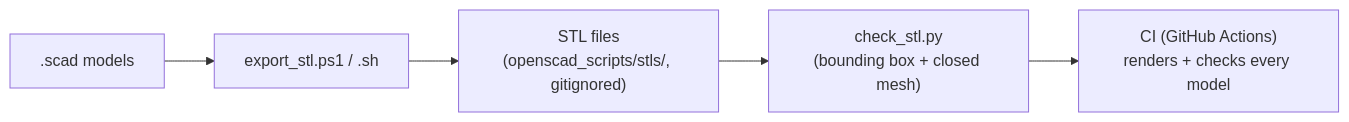
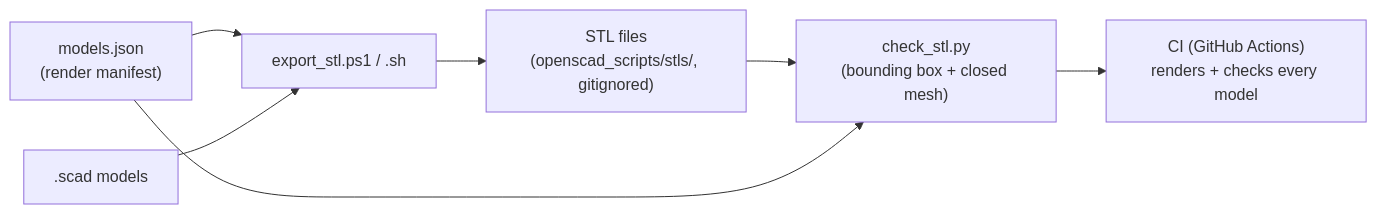
The diagram in README.md (enonymous1/openscad-toolkit), drawn with Mermaid before and after one commit. The commit also changed other lines of this file and 7 other files, not shown here.

Commit message:
openscad-toolkit 2.0.4: models.json single render manifest for both export scripts and checker

````diff
--- a/README.md
+++ b/README.md
@@ -124,7 +127,9 @@
 ```mermaid
 flowchart LR
-    A[".scad models"] --> B["export_stl.ps1 / .sh"]
+    M["models.json\n(render manifest)"] --> B["export_stl.ps1 / .sh"]
+    A[".scad models"] --> B
     B --> C["STL files\n(openscad_scripts/stls/, gitignored)"]
     C --> D["check_stl.py\n(bounding box + closed mesh)"]
+    M --> D
     D --> E["CI (GitHub Actions)\nrenders + checks every model"]
 ```
````
